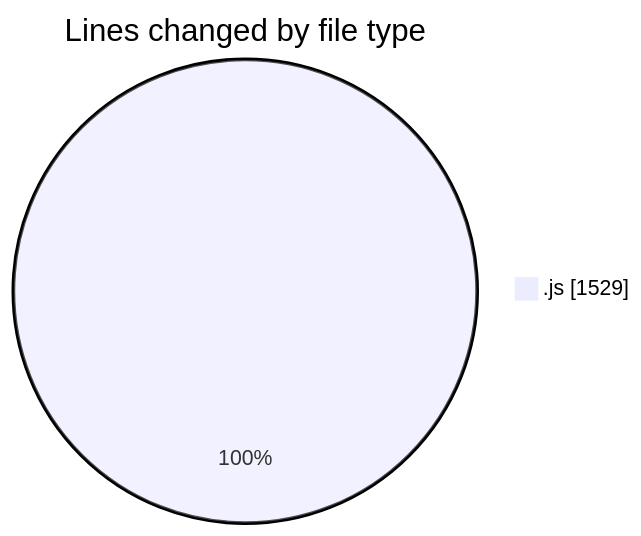
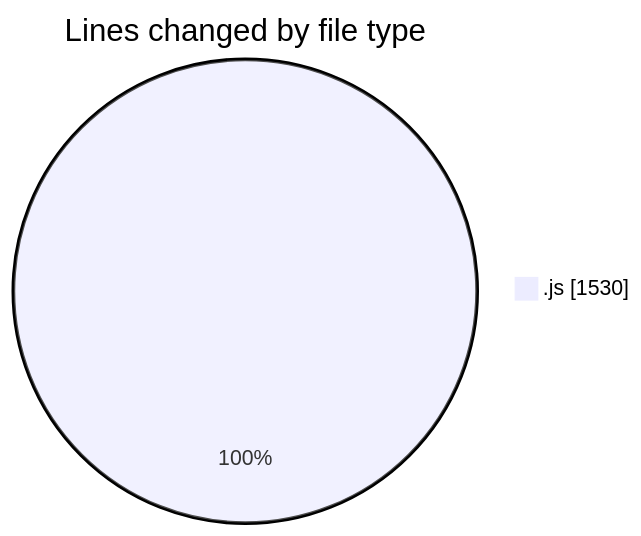
One commit to nxtqubesakshisongat/code-tracking changed the first of 2 diagrams in 2025-10-15/nxtqube_webapp/README.md. Above: the diagram before and after it, drawn with Mermaid. The commit also changed other lines of this file and 1 other file, not shown here.

````diff
--- a/2025-10-15/nxtqube_webapp/README.md
+++ b/2025-10-15/nxtqube_webapp/README.md
@@ -20,5 +20,5 @@
 ```mermaid
 pie showData
 title Lines changed by file type
-".js" : 1529
+".js" : 1530
 ```
````
